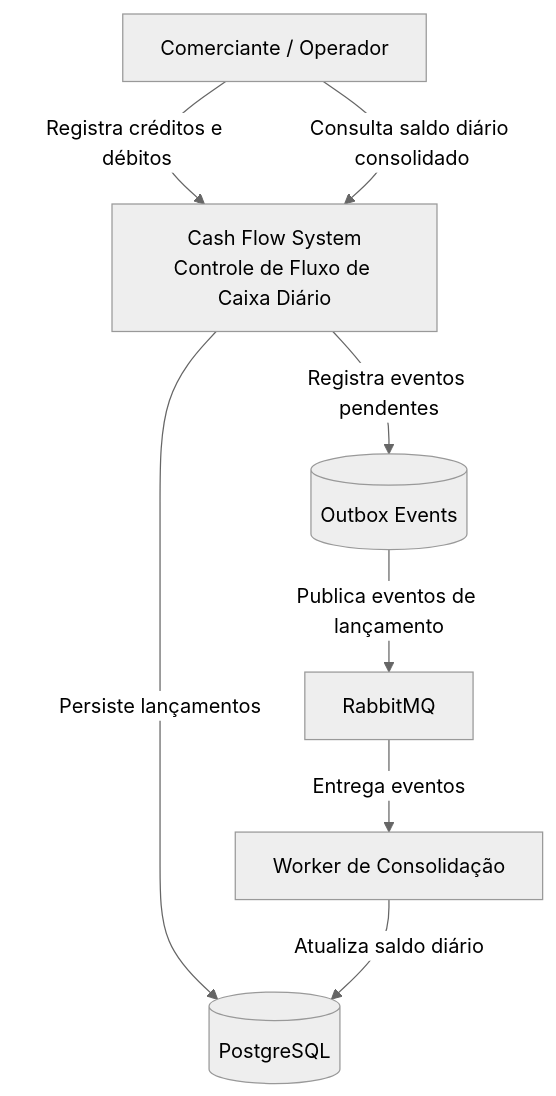
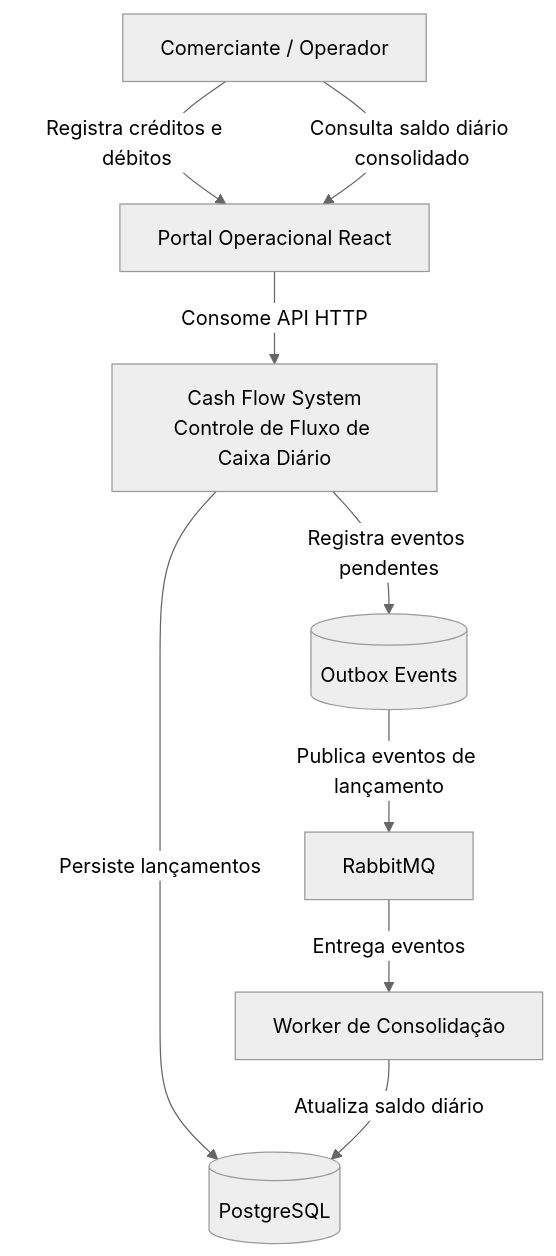
The first of 7 diagrams in docs/architecture.md (evosoftwares/cashflow-challenge-Gabriel), drawn with Mermaid (neutral theme) before and after one commit. The commit also changed other lines of this file and 30 other files, not shown here.

Commit message:
Add operational React frontend portal

````diff
--- a/docs/architecture.md
+++ b/docs/architecture.md
@@ -15,12 +17,14 @@
 ```mermaid
 flowchart TD
     USER[Comerciante / Operador]
+    UI[Portal Operacional React]
     SYSTEM[Cash Flow System<br/>Controle de Fluxo de Caixa Diário]
-    USER -->|Registra créditos e débitos| SYSTEM
-    USER -->|Consulta saldo diário consolidado| SYSTEM
+    USER -->|Registra créditos e débitos| UI
+    USER -->|Consulta saldo diário consolidado| UI
+    UI -->|Consome API HTTP| SYSTEM
     SYSTEM -->|Persiste lançamentos| DB[(PostgreSQL)]
     SYSTEM -->|Registra eventos pendentes| OUTBOX[(Outbox Events)]
     OUTBOX -->|Publica eventos de lançamento| MQ[RabbitMQ]
     MQ -->|Entrega eventos| WORKER[Worker de Consolidação]
     WORKER -->|Atualiza saldo diário| DB
 ```
````
